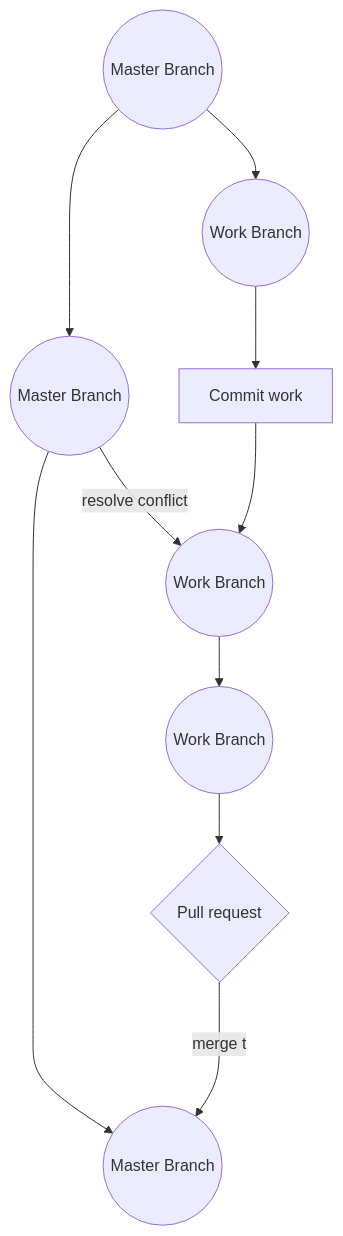
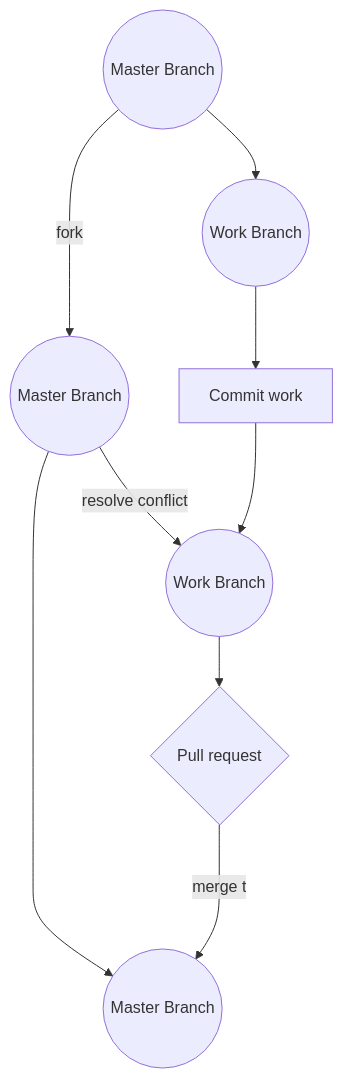
Before and after one commit to duan-li/worklog: the first of 2 diagrams in _posts/2018-04-16-git-workflow.md, drawn with Mermaid.

Commit message:
update post

````diff
--- a/_posts/2018-04-16-git-workflow.md
+++ b/_posts/2018-04-16-git-workflow.md
@@ -42,15 +42,14 @@
 ```mermaid
 graph TB
-M1((Master Branch)) --> M2((Master Branch))
+M1((Master Branch)) --fork--> M2((Master Branch))
 M2((Master Branch)) --> M3((Master Branch))
 
 
 
 M1((Master Branch)) --> W1((Work Branch))
 W1((Work Branch)) --> W2[Commit work]
 W2[Commit work] --> W3((Work Branch))
 M2((Master Branch)) --resolve conflict--> W3((Work Branch))
-W3((Work Branch)) --> W4((Work Branch))
-W4((Work Branch)) --> P{Pull request}
+W3((Work Branch)) --> P{Pull request}
 P{Pull request} --merge to--> M3((Master Branch))
 ```
````
